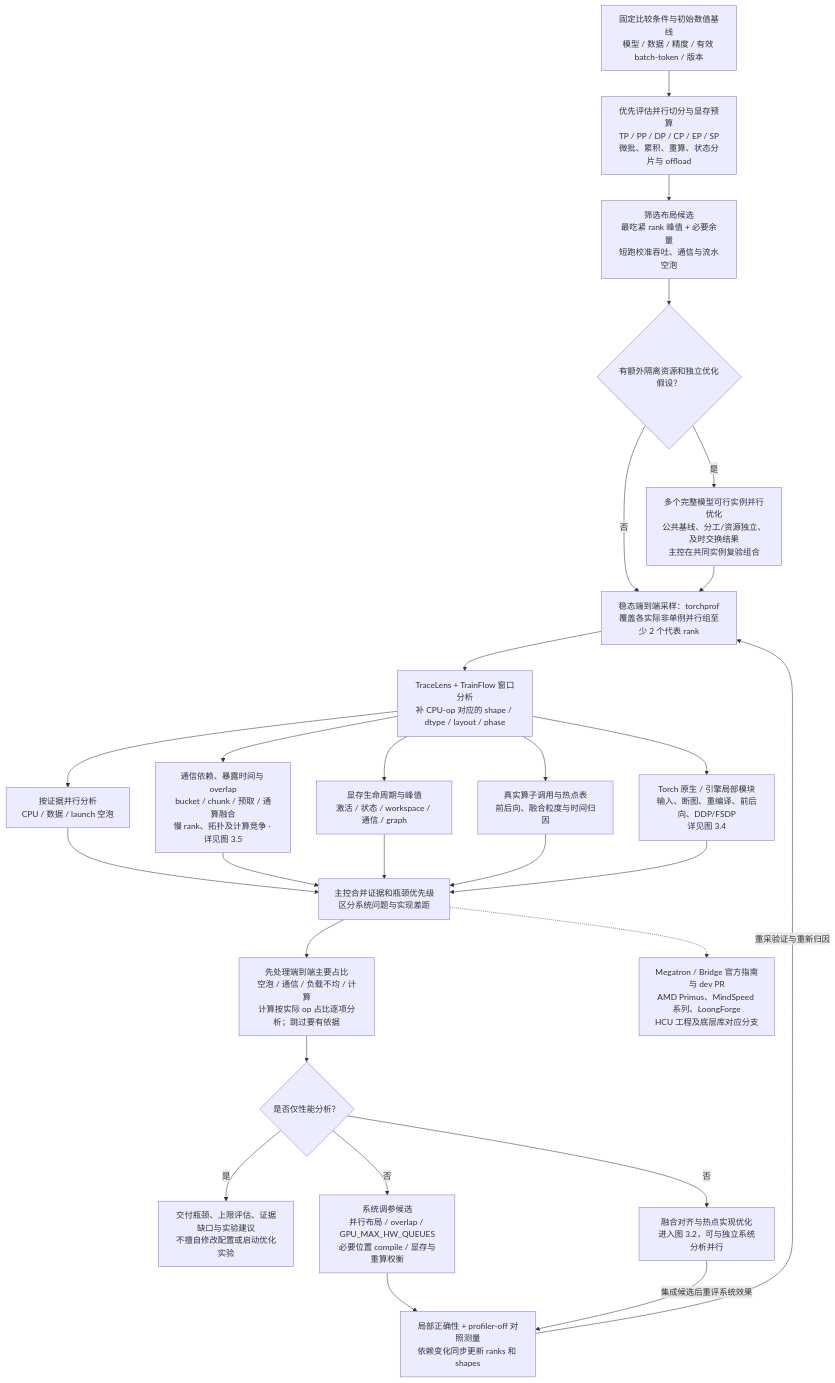
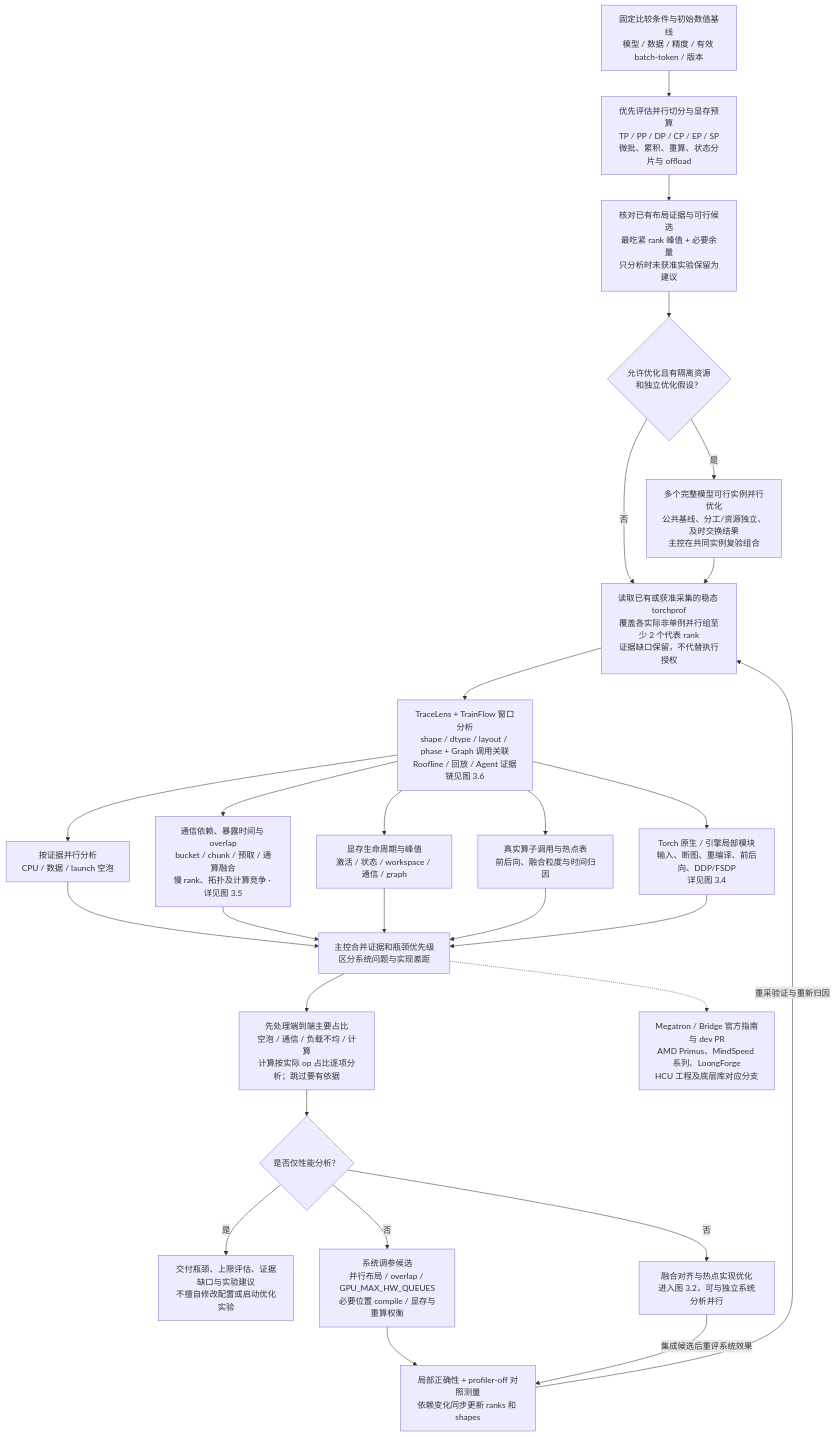
The third of 13 diagrams in docs/workflow-map.md (yuguo-Jack/HCU-TrainFlow), drawn with Mermaid before and after one commit. The commit also changed other lines of this file and 15 other files, not shown here.

Commit message:
Refresh workflow diagrams and project introductions for current mainline

````diff
--- a/docs/workflow-map.md
+++ b/docs/workflow-map.md
@@ -103,30 +106,30 @@
 ```mermaid
 flowchart TD
     B["固定比较条件与初始数值基线<br/>模型 / 数据 / 精度 / 有效 batch-token / 版本"] --> P["优先评估并行切分与显存预算<br/>TP / PP / DP / CP / EP / SP<br/>微批、累积、重算、状态分片与 offload"]
-    P --> M["筛选布局候选<br/>最吃紧 rank 峰值 + 必要余量<br/>短跑校准吞吐、通信与流水空泡"]
-    M --> RES{"有额外隔离资源和独立优化假设？"}
+    P --> M["核对已有布局证据与可行候选<br/>最吃紧 rank 峰值 + 必要余量<br/>只分析时未获准实验保留为建议"]
+    M --> RES{"允许优化且有隔离资源<br/>和独立优化假设？"}
     RES -->|是| INST["多个完整模型可行实例并行优化<br/>公共基线、分工/资源独立、及时交换结果<br/>主控在共同实例复验组合"]
     RES -->|否| T
     INST --> T
-    T["稳态端到端采样：torchprof<br/>覆盖各实际非单例并行组至少 2 个代表 rank"]
-    T --> TL["TraceLens + TrainFlow 窗口分析<br/>补 CPU-op 对应的 shape / dtype / layout / phase"]
+    T["读取已有或获准采集的稳态 torchprof<br/>覆盖各实际非单例并行组至少 2 个代表 rank<br/>证据缺口保留，不代替执行授权"]
+    T --> TL["TraceLens + TrainFlow 窗口分析<br/>shape / dtype / layout / phase + Graph 调用关联<br/>Roofline / 回放 / Agent 证据链见图 3.6"]
     TL --> A["按证据并行分析<br/>CPU / 数据 / launch 空泡"]
     TL --> C["通信依赖、暴露时间与 overlap<br/>bucket / chunk / 预取 / 通算融合<br/>慢 rank、拓扑及计算竞争 · 详见图 3.5"]
     TL --> V["显存生命周期与峰值<br/>激活 / 状态 / workspace / 通信 / graph"]
     TL --> O["真实算子调用与热点表<br/>前后向、融合粒度与时间归因"]
     TL --> TORCH["Torch 原生 / 引擎局部模块<br/>输入、断图、重编译、前后向、DDP/FSDP<br/>详见图 3.4"]
     A --> H["主控合并证据和瓶颈优先级<br/>区分系统问题与实现差距"]
     C --> H
     V --> H
     O --> H
     TORCH --> H
     H --> RANK["先处理端到端主要占比<br/>空泡 / 通信 / 负载不均 / 计算<br/>计算按实际 op 占比逐项分析；跳过要有依据"]
     RANK --> MODE{"是否仅性能分析？"}
     MODE -->|是| REPORT["交付瓶颈、上限评估、证据缺口与实验建议<br/>不擅自修改配置或启动优化实验"]
     MODE -->|否| SYS["系统调参候选<br/>并行布局 / overlap / GPU_MAX_HW_QUEUES<br/>必要位置 compile / 显存与重算权衡"]
     MODE -->|否| K["融合对齐与热点实现优化<br/>进入图 3.2，可与独立系统分析并行"]
     SYS --> VERIFY["局部正确性 + profiler-off 对照测量<br/>依赖变化同步更新 ranks 和 shapes"]
     VERIFY -->|重采验证与重新归因| T
     K -->|集成候选后重评系统效果| VERIFY
     H -.-> REF["Megatron / Bridge 官方指南与 dev PR<br/>AMD Primus、MindSpeed 系列、LoongForge<br/>HCU 工程及底层库对应分支"]
 ```
````
